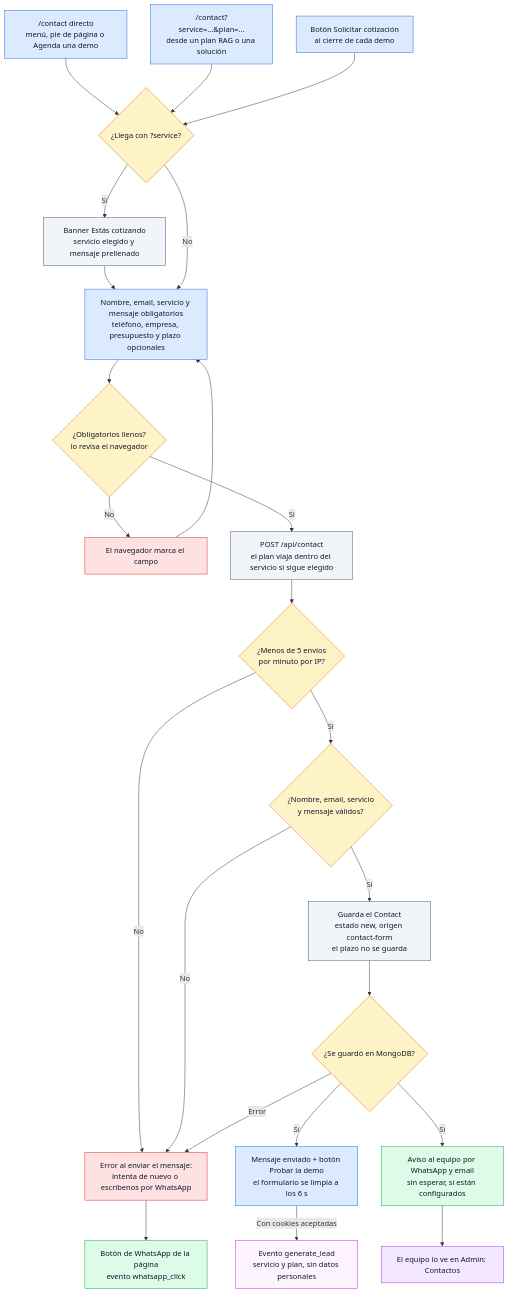
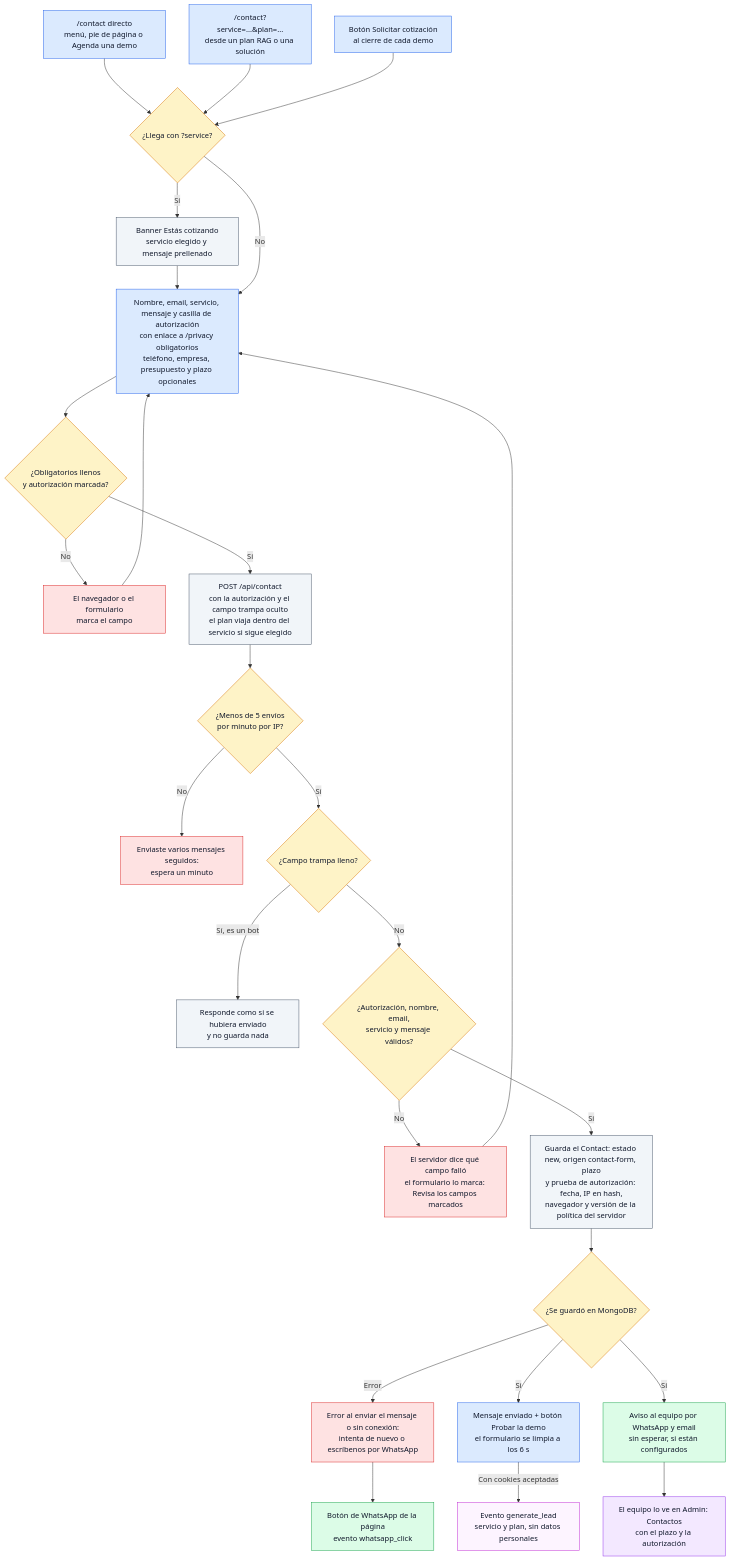
The fifth of 18 diagrams in docs/wiki/Doc-14-1-Flujos-de-Negocio.md (ronalc90/koptup), drawn with Mermaid before and after one commit. The commit also changed other lines of this file and 90 other files, not shown here.

````diff
--- a/docs/wiki/Doc-14-1-Flujos-de-Negocio.md
+++ b/docs/wiki/Doc-14-1-Flujos-de-Negocio.md
@@ -294,48 +294,54 @@
 ```mermaid
 flowchart TD
     classDef visitante fill:#dbeafe,stroke:#2563eb,color:#0f172a
     classDef sistema fill:#f1f5f9,stroke:#475569,color:#0f172a
     classDef admin fill:#f3e8ff,stroke:#9333ea,color:#0f172a
     classDef aviso fill:#dcfce7,stroke:#16a34a,color:#0f172a
     classDef decision fill:#fef3c7,stroke:#d97706,color:#0f172a
     classDef error fill:#fee2e2,stroke:#dc2626,color:#0f172a
     classDef externo fill:#fdf4ff,stroke:#c026d3,color:#0f172a
 
     IN1["/contact directo<br/>menú, pie de página o Agenda una demo"]:::visitante
     IN2["/contact?service=...&plan=...<br/>desde un plan RAG o una solución"]:::visitante
     IN3["Botón Solicitar cotización<br/>al cierre de cada demo"]:::visitante
     Q0{"¿Llega con ?service?"}:::decision
     PRE["Banner Estás cotizando<br/>servicio elegido y mensaje prellenado"]:::sistema
-    FM["Nombre, email, servicio y mensaje obligatorios<br/>teléfono, empresa, presupuesto y plazo opcionales"]:::visitante
-    Q1{"¿Obligatorios llenos?<br/>lo revisa el navegador"}:::decision
-    E0["El navegador marca el campo"]:::error
-    P["POST /api/contact<br/>el plan viaja dentro del servicio si sigue elegido"]:::sistema
+    FM["Nombre, email, servicio, mensaje y casilla de autorización<br/>con enlace a /privacy obligatorios<br/>teléfono, empresa, presupuesto y plazo opcionales"]:::visitante
+    Q1{"¿Obligatorios llenos<br/>y autorización marcada?"}:::decision
+    E0["El navegador o el formulario<br/>marca el campo"]:::error
+    P["POST /api/contact<br/>con la autorización y el campo trampa oculto<br/>el plan viaja dentro del servicio si sigue elegido"]:::sistema
     Q2{"¿Menos de 5 envíos<br/>por minuto por IP?"}:::decision
-    Q3{"¿Nombre, email, servicio<br/>y mensaje válidos?"}:::decision
-    SAVE["Guarda el Contact<br/>estado new, origen contact-form<br/>el plazo no se guarda"]:::sistema
+    E429["Enviaste varios mensajes seguidos:<br/>espera un minuto"]:::error
+    HP{"¿Campo trampa lleno?"}:::decision
+    BOT["Responde como si se hubiera enviado<br/>y no guarda nada"]:::sistema
+    Q3{"¿Autorización, nombre, email,<br/>servicio y mensaje válidos?"}:::decision
+    E400["El servidor dice qué campo falló<br/>el formulario lo marca: Revisa los campos marcados"]:::error
+    SAVE["Guarda el Contact: estado new, origen contact-form, plazo<br/>y prueba de autorización: fecha, IP en hash,<br/>navegador y versión de la política del servidor"]:::sistema
     Q4{"¿Se guardó en MongoDB?"}:::decision
     AV["Aviso al equipo por WhatsApp y email<br/>sin esperar, si están configurados"]:::aviso
-    ADM["El equipo lo ve en Admin: Contactos"]:::admin
+    ADM["El equipo lo ve en Admin: Contactos<br/>con el plazo y la autorización"]:::admin
     OK["Mensaje enviado + botón Probar la demo<br/>el formulario se limpia a los 6 s"]:::visitante
     GL["Evento generate_lead<br/>servicio y plan, sin datos personales"]:::externo
-    ERR["Error al enviar el mensaje:<br/>intenta de nuevo o escríbenos por WhatsApp"]:::error
+    ERR["Error al enviar el mensaje o sin conexión:<br/>intenta de nuevo o escríbenos por WhatsApp"]:::error
     WA["Botón de WhatsApp de la página<br/>evento whatsapp_click"]:::aviso
 
     IN1 --> Q0
     IN2 --> Q0
     IN3 --> Q0
     Q0 -->|Sí| PRE --> FM
     Q0 -->|No| FM
     FM --> Q1
     Q1 -->|No| E0 --> FM
     Q1 -->|Sí| P --> Q2
-    Q2 -->|No| ERR
-    Q2 -->|Sí| Q3
-    Q3 -->|No| ERR
+    Q2 -->|No| E429
+    Q2 -->|Sí| HP
+    HP -->|Sí, es un bot| BOT
+    HP -->|No| Q3
+    Q3 -->|No| E400 --> FM
     Q3 -->|Sí| SAVE --> Q4
     Q4 -->|Error| ERR
     Q4 -->|Sí| OK
     Q4 -->|Sí| AV --> ADM
     OK -->|Con cookies aceptadas| GL
     ERR --> WA
 ```
````
